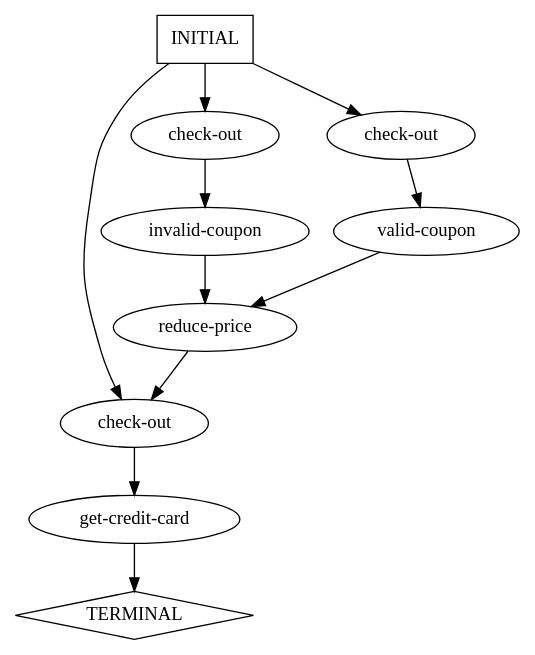
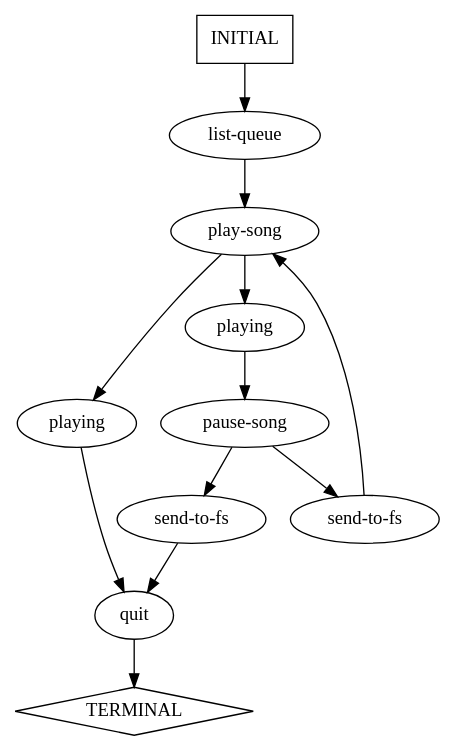
Before and after one commit to annadeng/Universal-Model-Inference: the diagram in bestchai-perfume-frontend-85f927d03b0c/tmp/ktailtest.KTails.pGraph-final.dot, drawn with Graphviz. The commit also changed 19 other files, not shown here.

```diff
--- a/bestchai-perfume-frontend-85f927d03b0c/tmp/ktailtest.KTails.pGraph-final.dot
+++ b/bestchai-perfume-frontend-85f927d03b0c/tmp/ktailtest.KTails.pGraph-final.dot
@@ -1,21 +1,23 @@
 digraph G {
-  0 [label="check-out"];
-  1 [label="check-out"];
-  2 [label="check-out"];
-  3 [label="get-credit-card"];
-  4 [label="invalid-coupon"];
-  5 [label="reduce-price"];
-  6 [label="valid-coupon"];
-  7 [label="TERMINAL",shape=diamond];
-  8 [label="INITIAL",shape=box];
-0->3 [];
-1->4 [];
-2->6 [];
-3->7 [];
+  0 [label="list-queue"];
+  1 [label="pause-song"];
+  2 [label="play-song"];
+  3 [label="playing"];
+  4 [label="playing"];
+  5 [label="quit"];
+  6 [label="send-to-fs"];
+  7 [label="send-to-fs"];
+  8 [label="TERMINAL",shape=diamond];
+  9 [label="INITIAL",shape=box];
+0->2 [];
+1->7 [];
+1->6 [];
+2->3 [];
+2->4 [];
+3->1 [];
 4->5 [];
-5->0 [];
-6->5 [];
-8->1 [];
-8->0 [];
-8->2 [];
+5->8 [];
+6->2 [];
+7->5 [];
+9->0 [];
 }
```
